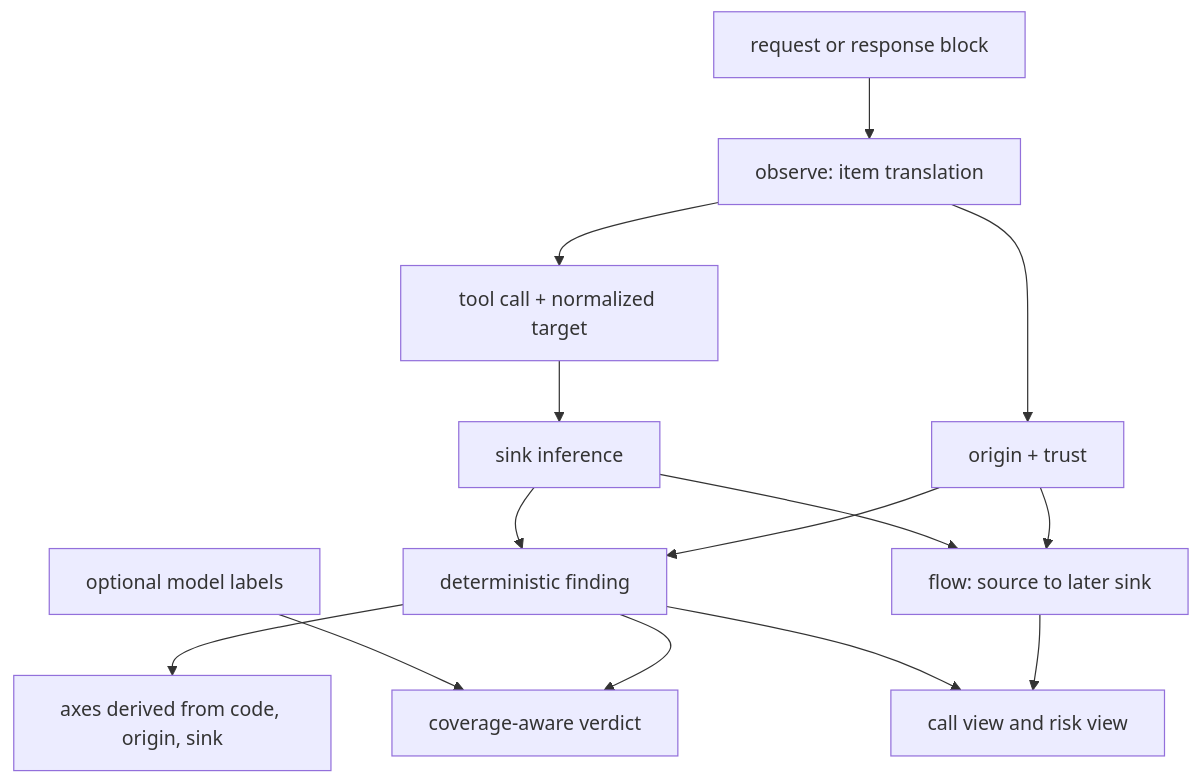
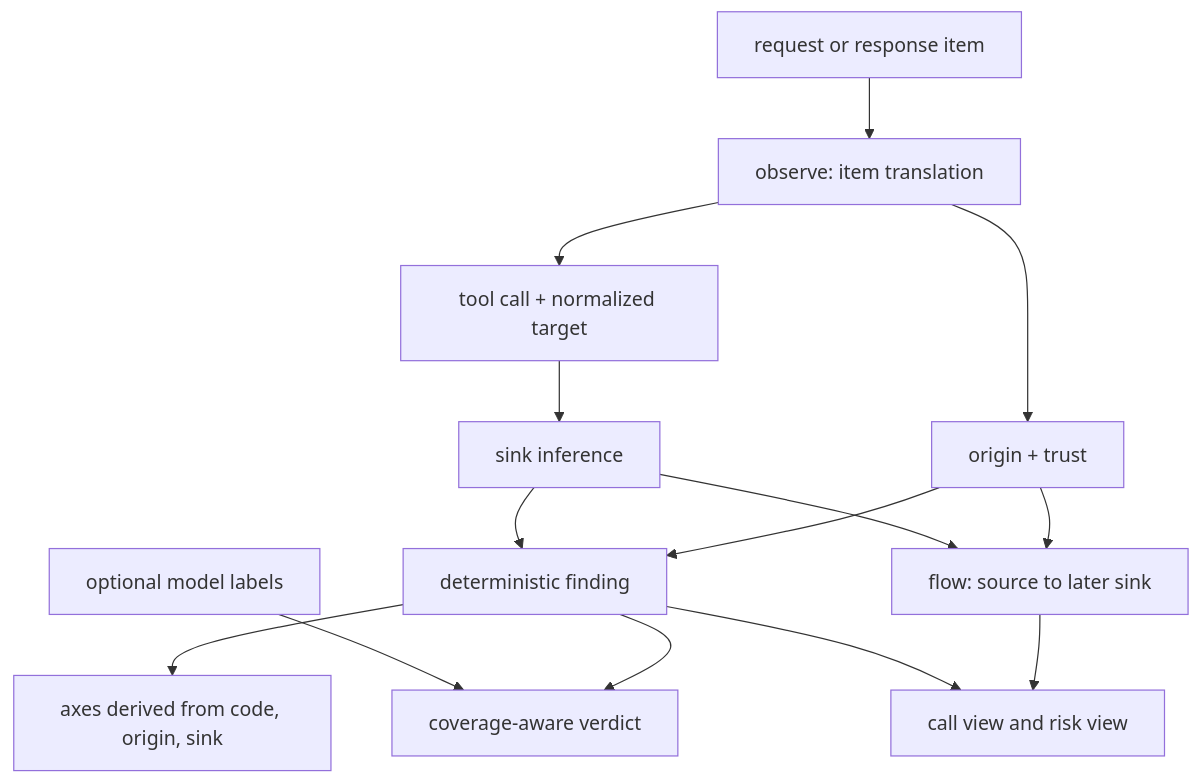
Before and after one commit to yv1ing/SafeAgent: the diagram in docs/agent/model.md, drawn with Mermaid. The commit also changed other lines of this file and 228 other files, not shown here.

Commit message:
refactor: rebuild protocol conversion on an item model

````diff
--- a/docs/agent/model.md
+++ b/docs/agent/model.md
@@ -5,16 +5,16 @@
 ```mermaid
 flowchart TB
-    Protocol["request or response block"] --> Obs["observe: item translation"]
+    Protocol["request or response item"] --> Obs["observe: item translation"]
     Obs --> Origin["origin + trust"]
     Obs --> Call["tool call + normalized target"]
     Call --> Sink["sink inference"]
     Origin --> Finding["deterministic finding"]
     Sink --> Finding
     Finding --> Axes["axes derived from code, origin, sink"]
     Origin --> Flow["flow: source to later sink"]
     Sink --> Flow
     Finding --> Verdict["coverage-aware verdict"]
     Model["optional model labels"] --> Verdict
     Flow --> Reports["call view and risk view"]
     Finding --> Reports
 ```
````
